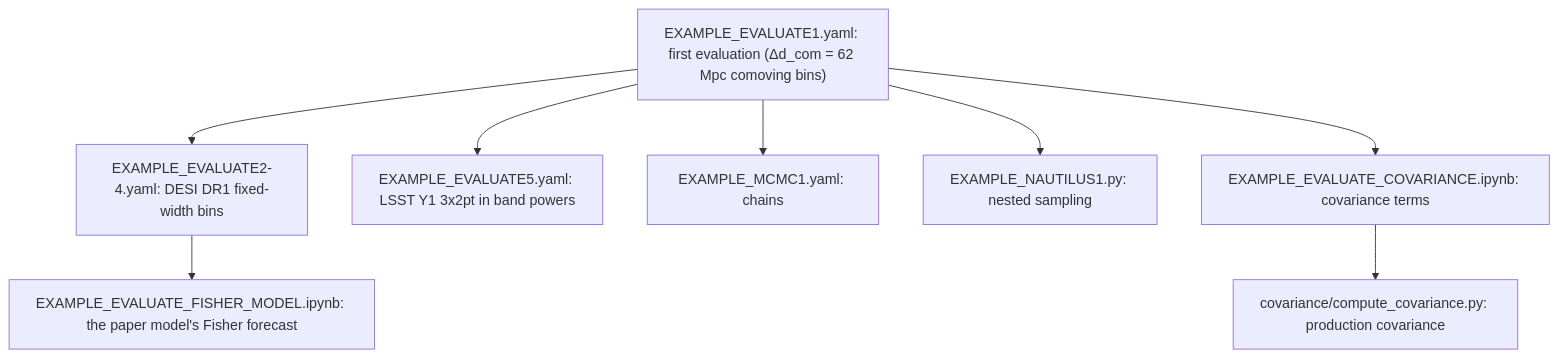
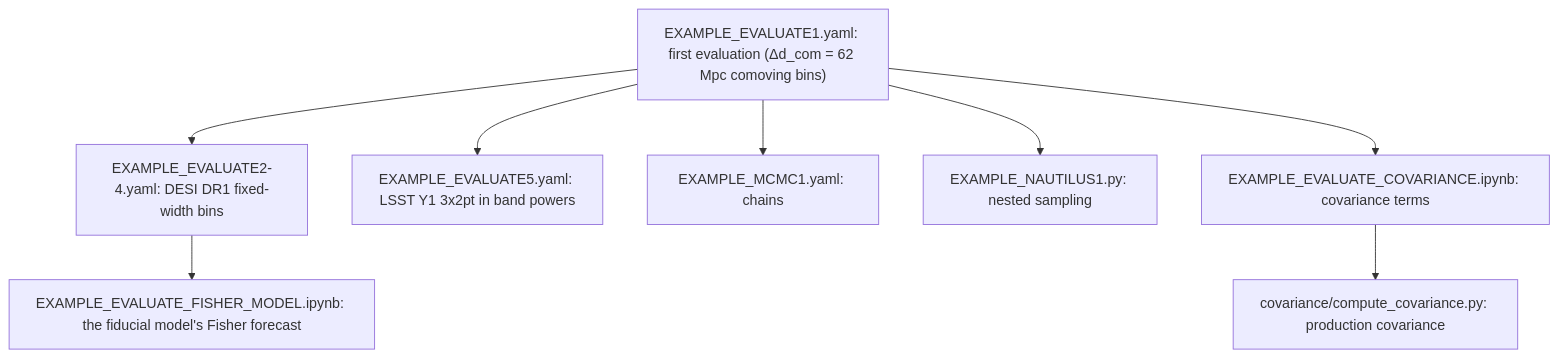
Before and after one commit to SBU-COSMOLIKE/lssty1xdesi: the diagram in README.md, drawn with Mermaid. The commit also changed other lines of this file and 61 other files, not shown here.

````diff
--- a/README.md
+++ b/README.md
@@ -68,10 +68,10 @@
 ```mermaid
 flowchart TB
   A["EXAMPLE_EVALUATE1.yaml: first evaluation (Δd_com = 62 Mpc comoving bins)"] --> B["EXAMPLE_EVALUATE2-4.yaml: DESI DR1 fixed-width bins"]
   A --> C["EXAMPLE_EVALUATE5.yaml: LSST Y1 3x2pt in band powers"]
   A --> D["EXAMPLE_MCMC1.yaml: chains"]
   A --> E["EXAMPLE_NAUTILUS1.py: nested sampling"]
   A --> F["EXAMPLE_EVALUATE_COVARIANCE.ipynb: covariance terms"]
   F --> G["covariance/compute_covariance.py: production covariance"]
-  B --> H["EXAMPLE_EVALUATE_FISHER_MODEL.ipynb: the paper model's Fisher forecast"]
+  B --> H["EXAMPLE_EVALUATE_FISHER_MODEL.ipynb: the fiducial model's Fisher forecast"]
 ```
````
